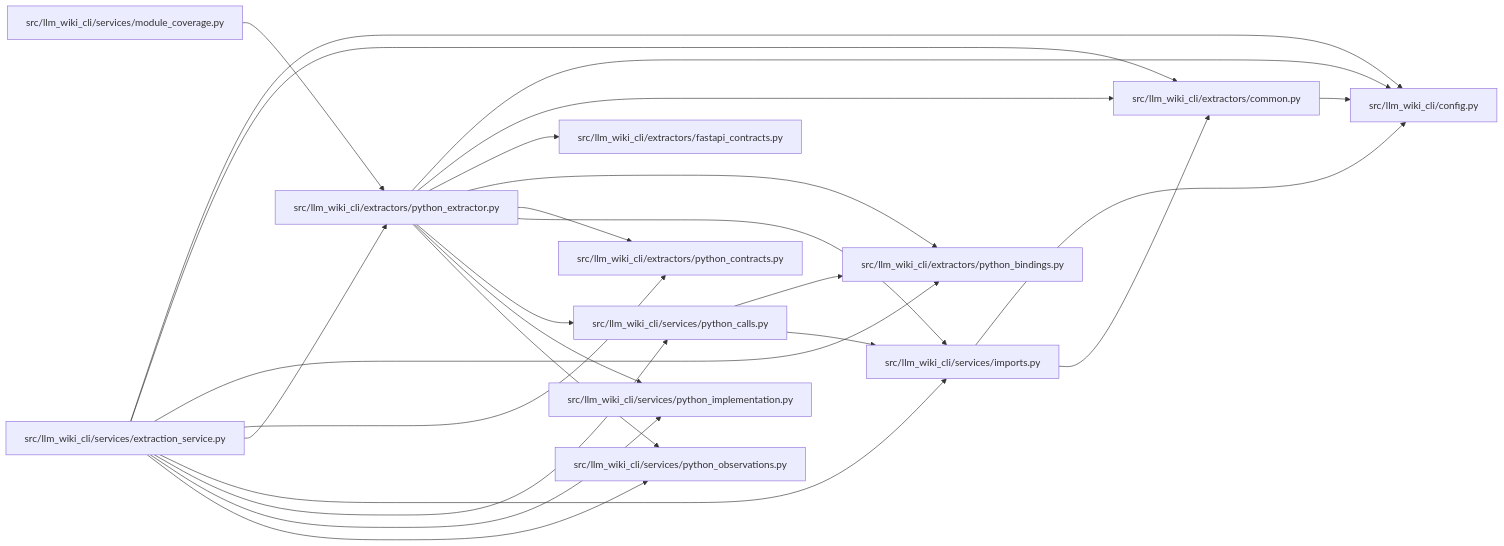
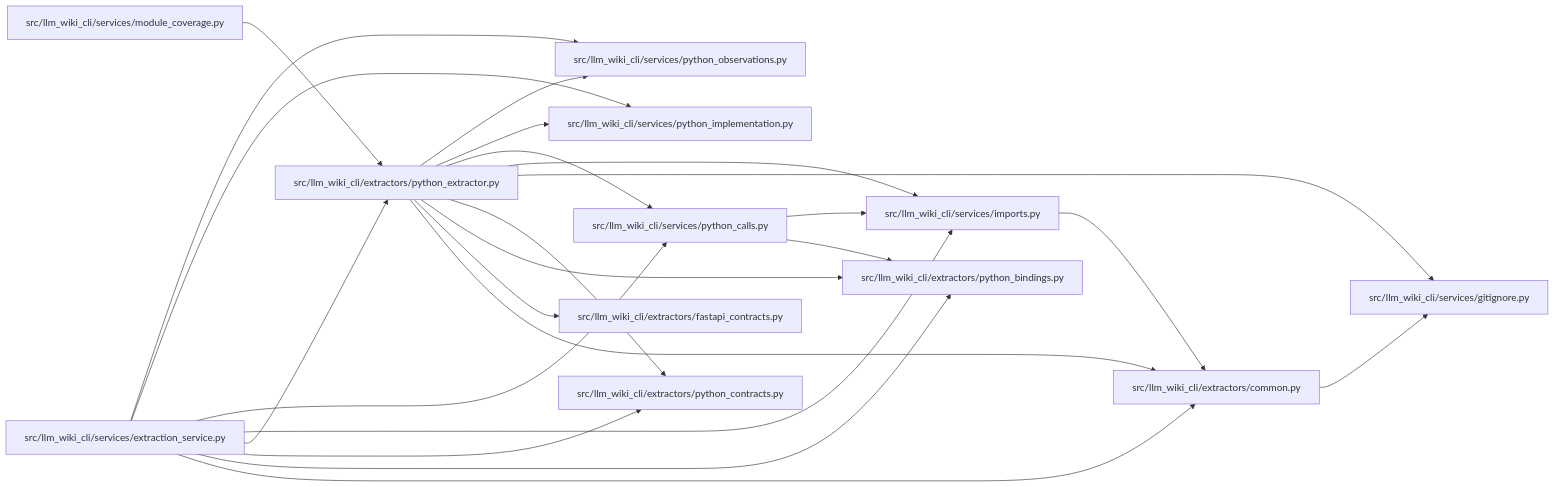
Before and after one commit to Denissvgn/python-wiki-llm: the diagram in docs/llm_wiki/modules/python_extractor.md, drawn with Mermaid. The commit also changed other lines of this file and 1555 other files, not shown here.

````diff
--- a/docs/llm_wiki/modules/python_extractor.md
+++ b/docs/llm_wiki/modules/python_extractor.md
@@ -41,51 +41,49 @@
 ```mermaid
 flowchart LR
-    n0["src/llm_wiki_cli/config.py"]
-    n1["src/llm_wiki_cli/extractors/common.py"]
-    n2["src/llm_wiki_cli/extractors/fastapi_contracts.py"]
-    n3["src/llm_wiki_cli/extractors/python_bindings.py"]
-    n4["src/llm_wiki_cli/extractors/python_contracts.py"]
-    n5["src/llm_wiki_cli/extractors/python_extractor.py"]
-    n6["src/llm_wiki_cli/services/extraction_service.py"]
+    n0["src/llm_wiki_cli/extractors/common.py"]
+    n1["src/llm_wiki_cli/extractors/fastapi_contracts.py"]
+    n2["src/llm_wiki_cli/extractors/python_bindings.py"]
+    n3["src/llm_wiki_cli/extractors/python_contracts.py"]
+    n4["src/llm_wiki_cli/extractors/python_extractor.py"]
+    n5["src/llm_wiki_cli/services/extraction_service.py"]
+    n6["src/llm_wiki_cli/services/gitignore.py"]
     n7["src/llm_wiki_cli/services/imports.py"]
     n8["src/llm_wiki_cli/services/module_coverage.py"]
     n9["src/llm_wiki_cli/services/python_calls.py"]
     n10["src/llm_wiki_cli/services/python_implementation.py"]
     n11["src/llm_wiki_cli/services/python_observations.py"]
-    n1 --> n0
+    n0 --> n6
+    n4 --> n0
+    n4 --> n1
+    n4 --> n2
+    n4 --> n3
+    n4 --> n6
+    n4 --> n7
+    n4 --> n9
+    n4 --> n10
+    n4 --> n11
     n5 --> n0
-    n5 --> n1
     n5 --> n2
     n5 --> n3
     n5 --> n4
     n5 --> n7
     n5 --> n9
     n5 --> n10
     n5 --> n11
-    n6 --> n0
-    n6 --> n1
-    n6 --> n3
-    n6 --> n4
-    n6 --> n5
-    n6 --> n7
-    n6 --> n9
-    n6 --> n10
-    n6 --> n11
     n7 --> n0
-    n7 --> n1
-    n8 --> n5
-    n9 --> n3
+    n8 --> n4
+    n9 --> n2
     n9 --> n7
-    click n0 "../modules/config.md"
-    click n1 "../modules/common.md"
-    click n2 "../modules/fastapi_contracts.md"
-    click n3 "../modules/python_bindings.md"
-    click n4 "../modules/python_contracts.md"
-    click n5 "../modules/python_extractor.md"
-    click n6 "../modules/extraction_service.md"
+    click n0 "../modules/common.md"
+    click n1 "../modules/fastapi_contracts.md"
+    click n2 "../modules/python_bindings.md"
+    click n3 "../modules/python_contracts.md"
+    click n4 "../modules/python_extractor.md"
+    click n5 "../modules/extraction_service.md"
+    click n6 "../modules/gitignore.md"
     click n7 "../modules/imports.md"
     click n8 "../modules/module_coverage.md"
     click n9 "../modules/python_calls.md"
     click n10 "../modules/python_implementation.md"
     click n11 "../modules/python_observations.md"
 ```
````
